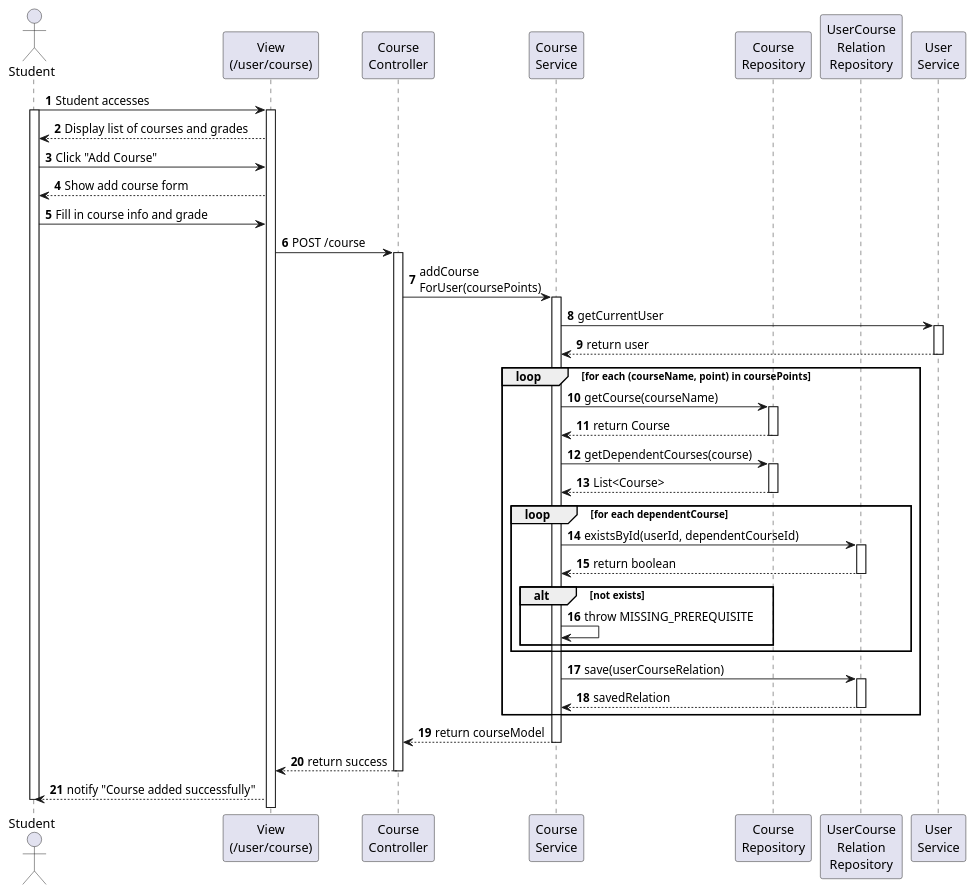
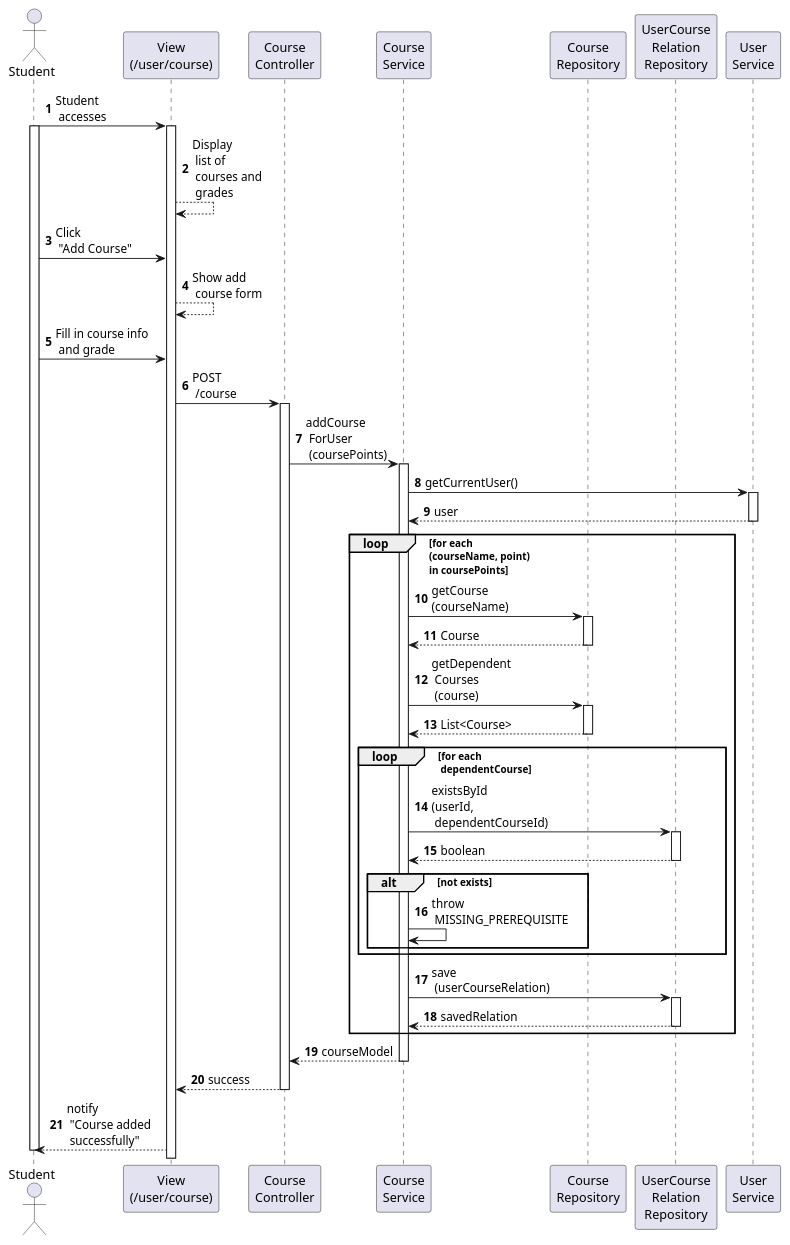
The diagram in swagger/sequence/student/info_add_course.puml (tandang2003/KLTN-Agile-Scrum-Tuan-Duc), drawn with PlantUML before and after one commit. The commit also changed 29 other files, not shown here.

Commit message:
add sequence

```diff
--- a/swagger/sequence/student/info_add_course.puml
+++ b/swagger/sequence/student/info_add_course.puml
@@ -1,64 +1,64 @@
 @startuml
 autonumber
 actor Student as SV
 
 participant "View\n(/user/course)" as View
 participant "Course\nController" as Controller
 participant "Course\nService" as Service
 participant "Course\nRepository" as CourseRepo
 participant "UserCourse\nRelation\nRepository" as UCRRepo
 participant "User\nService" as UService
 
-SV -> View : Student accesses
+SV -> View : Student\n accesses
 activate SV
 activate View
-View --> SV : Display list of courses and grades
-SV -> View : Click "Add Course"
-View --> SV : Show add course form
-SV -> View : Fill in course info and grade
-View -> Controller: POST /course
+View --> View : Display \n list of \n courses and \n grades
+SV -> View : Click \n "Add Course"
+View --> View : Show add \n course form
+SV -> View : Fill in course info \n and grade
+View -> Controller: POST \n /course
 activate Controller
-Controller -> Service : addCourse\nForUser(coursePoints)
+Controller -> Service : addCourse \n ForUser \n (coursePoints)
 activate Service
 
-Service -> UService: getCurrentUser
+Service -> UService: getCurrentUser()
 activate UService
-UService --> Service: return user
+UService --> Service:  user
 deactivate UService
 
-loop for each (courseName, point) in coursePoints
-    Service -> CourseRepo : getCourse(courseName)
+loop for each \n(courseName, point) \nin coursePoints
+    Service -> CourseRepo : getCourse\n(courseName)
     activate CourseRepo
-    CourseRepo --> Service : return Course
+    CourseRepo --> Service :  Course
     deactivate CourseRepo
-    Service -> CourseRepo : getDependentCourses(course)
+    Service -> CourseRepo : getDependent \n Courses \n (course)
     activate CourseRepo
     CourseRepo --> Service : List<Course>
     deactivate CourseRepo
 
-    loop for each dependentCourse
-        Service -> UCRRepo : existsById(userId, dependentCourseId)
+    loop for each \n dependentCourse
+        Service -> UCRRepo : existsById\n(userId, \n dependentCourseId)
         activate UCRRepo
-        UCRRepo --> Service: return boolean
+        UCRRepo --> Service:  boolean
         deactivate UCRRepo
         alt not exists
-            Service -> Service : throw MISSING_PREREQUISITE
+            Service -> Service : throw \n MISSING_PREREQUISITE
         end
     end
 
-    Service -> UCRRepo : save(userCourseRelation)
+    Service -> UCRRepo : save \n (userCourseRelation)
     activate UCRRepo
     UCRRepo --> Service : savedRelation
     deactivate UCRRepo
 end
 
-Service --> Controller : return courseModel
+Service --> Controller :  courseModel
 deactivate Service
 
-Controller --> View : return success
+Controller --> View :  success
 deactivate Controller
 
-View --> SV : notify "Course added successfully"
+View --> SV : notify \n "Course added \n successfully"
 deactivate SV
 
 @enduml
```
